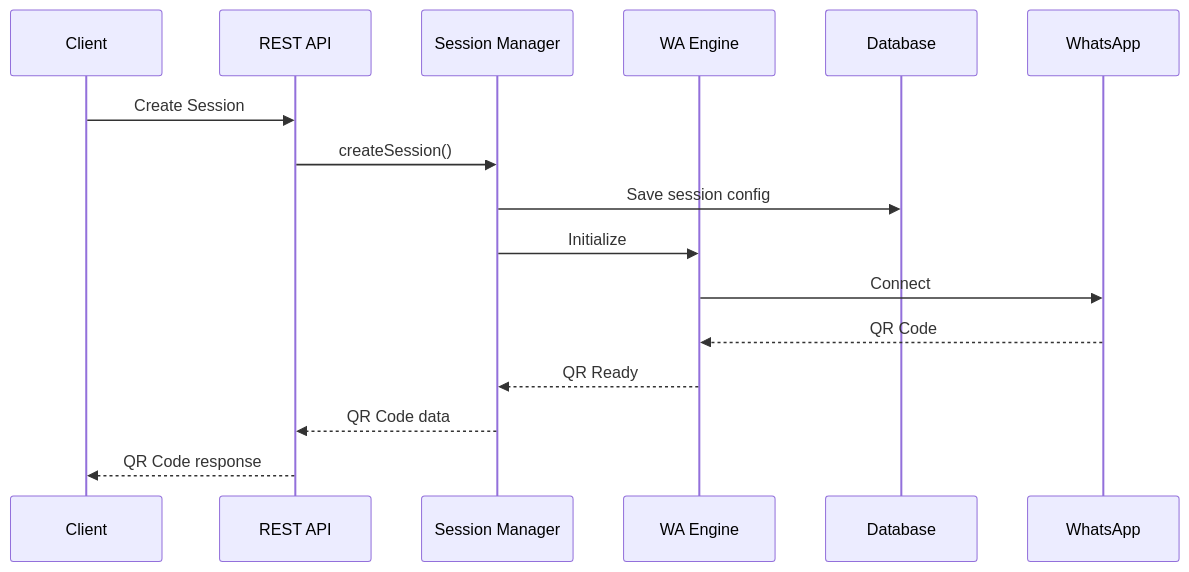
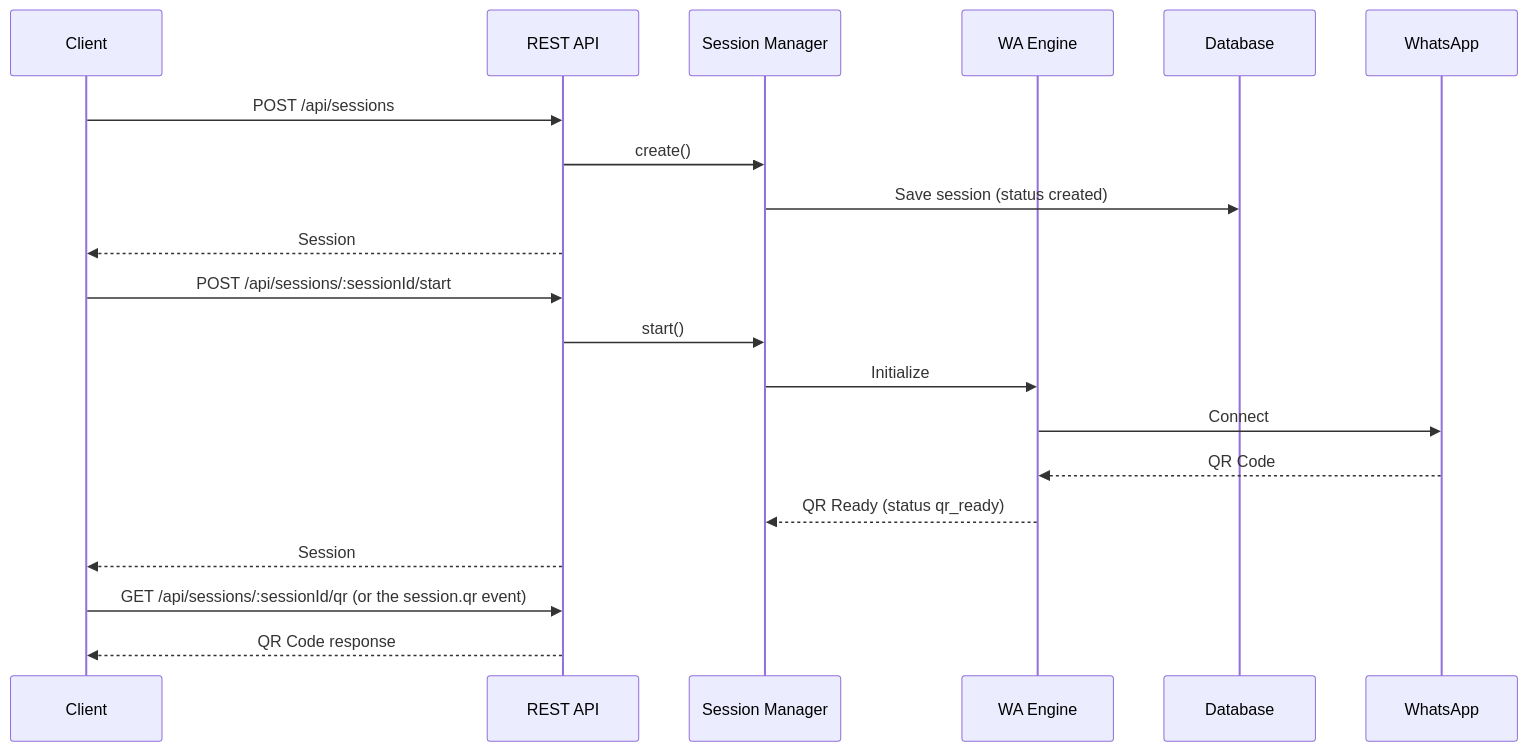
The second of 24 diagrams in docs/03-system-architecture.md (AntoineTROOVY/Sherlo), drawn with Mermaid before and after one commit.

Commit message:
docs(architecture): split session create, start and QR in the sequence
The component interaction diagram showed one create call that started
the engine and returned a QR code. POST /api/sessions only saves the
session; the engine starts on POST /api/sessions/:sessionId/start and
the QR is read from GET /api/sessions/:sessionId/qr or the session.qr
event.

````diff
--- a/docs/03-system-architecture.md
+++ b/docs/03-system-architecture.md
@@ -56,19 +56,23 @@
 ```mermaid
 sequenceDiagram
     participant Client
     participant API as REST API
     participant SM as Session Manager
     participant Engine as WA Engine
     participant DB as Database
     participant WA as WhatsApp
 
-    Client->>API: Create Session
-    API->>SM: createSession()
-    SM->>DB: Save session config
+    Client->>API: POST /api/sessions
+    API->>SM: create()
+    SM->>DB: Save session (status created)
+    API-->>Client: Session
+    Client->>API: POST /api/sessions/:sessionId/start
+    API->>SM: start()
     SM->>Engine: Initialize
     Engine->>WA: Connect
     WA-->>Engine: QR Code
-    Engine-->>SM: QR Ready
-    SM-->>API: QR Code data
+    Engine-->>SM: QR Ready (status qr_ready)
+    API-->>Client: Session
+    Client->>API: GET /api/sessions/:sessionId/qr (or the session.qr event)
     API-->>Client: QR Code response
 ```
````
